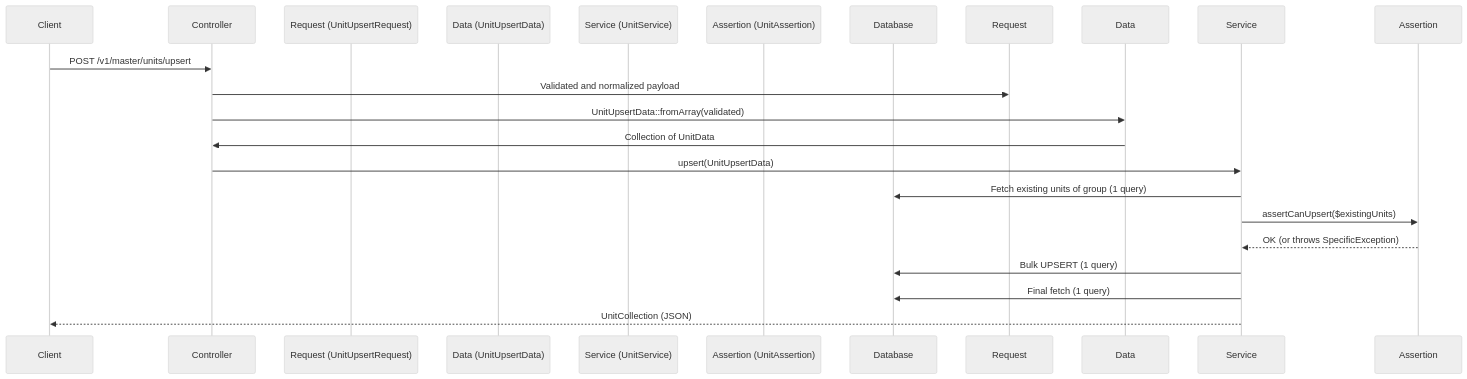
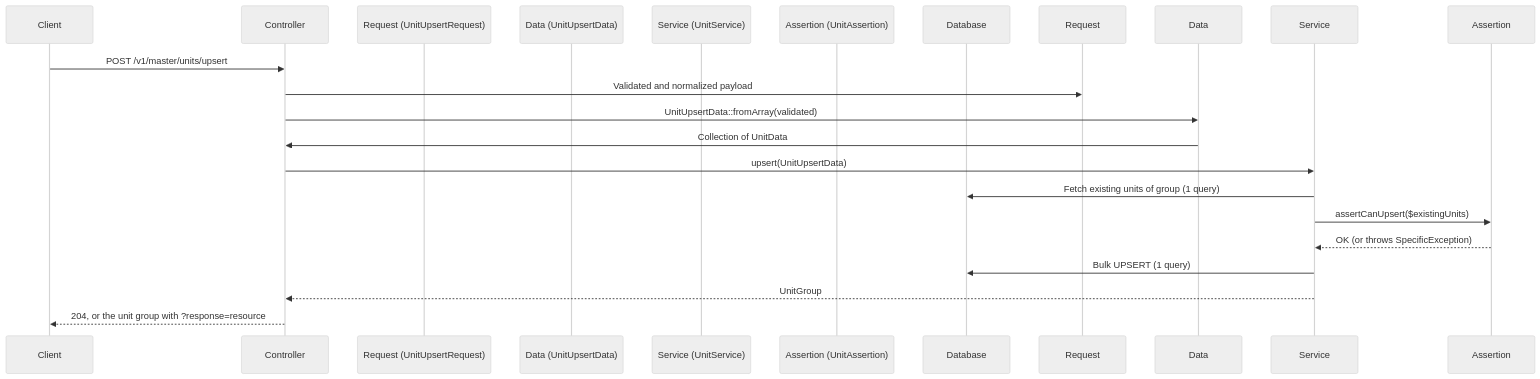
One commit to Tresor091005/my-api-boilerplate changed the diagram in docs/features/catalog-units.md. Above: the diagram before and after it, drawn with Mermaid (neutral theme). The commit also changed 25 other files, not shown here.

````diff
--- a/docs/features/catalog-units.md
+++ b/docs/features/catalog-units.md
@@ -13,22 +13,22 @@
 ```mermaid
 sequenceDiagram
     participant Client
     participant Controller
     participant Request (UnitUpsertRequest)
     participant Data (UnitUpsertData)
     participant Service (UnitService)
     participant Assertion (UnitAssertion)
     participant Database
 
     Client->>Controller: POST /v1/master/units/upsert
     Controller->>Request: Validated and normalized payload
     Controller->>Data: UnitUpsertData::fromArray(validated)
     Data->>Controller: Collection of UnitData
     Controller->>Service: upsert(UnitUpsertData)
     Service->>Database: Fetch existing units of group (1 query)
     Service->>Assertion: assertCanUpsert($existingUnits)
     Assertion-->>Service: OK (or throws SpecificException)
     Service->>Database: Bulk UPSERT (1 query)
-    Service->>Database: Final fetch (1 query)
-    Service-->>Client: UnitCollection (JSON)
+    Service-->>Controller: UnitGroup
+    Controller-->>Client: 204, or the unit group with ?response=resource
 ```
````
